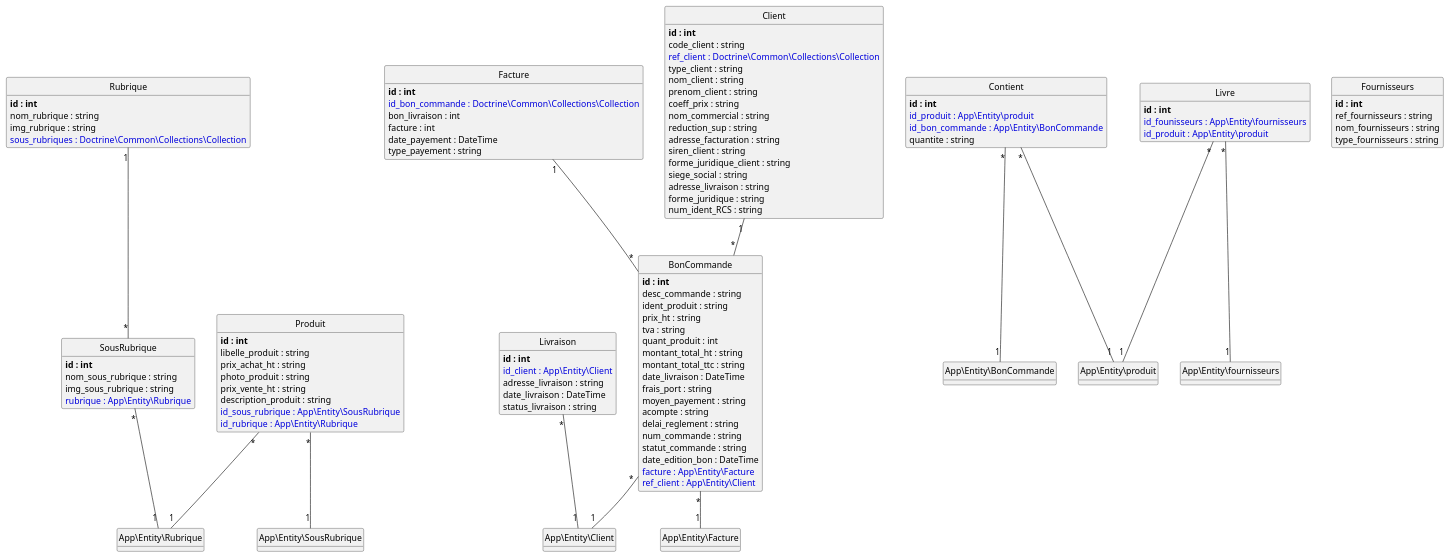
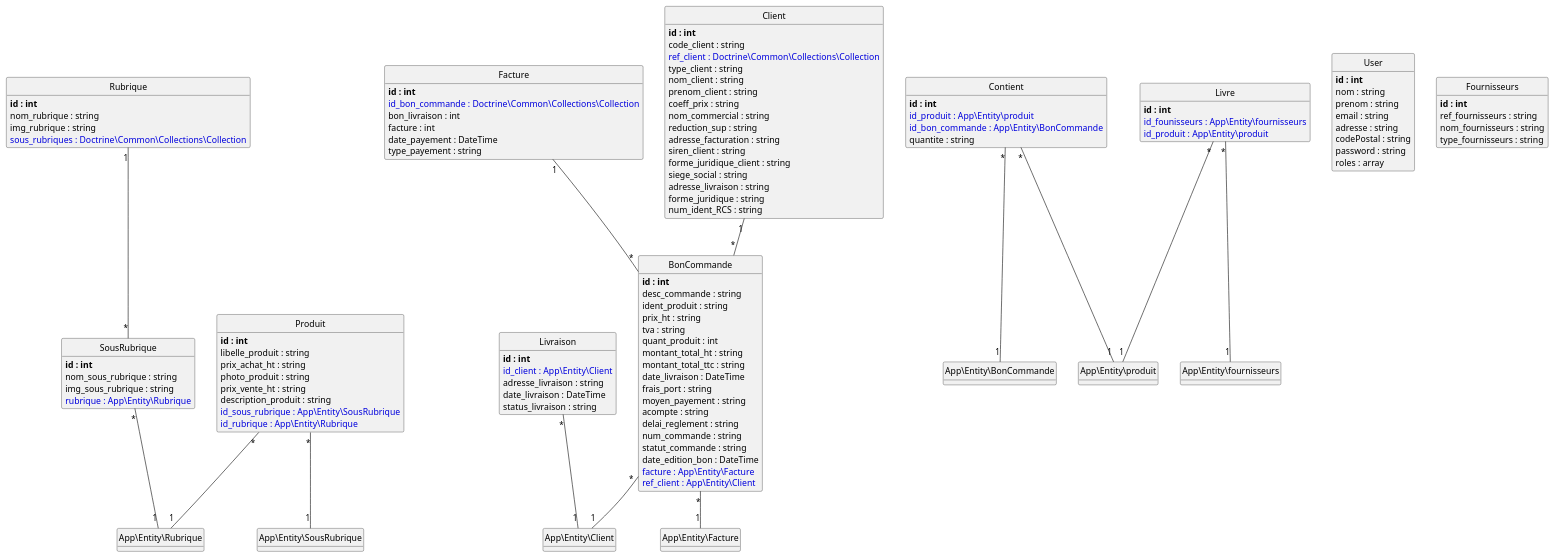
One commit to MarcCarbonnier/village_green changed the diagram in puml/index.puml. Above: the diagram before and after it, drawn with PlantUML. The commit also changed 52 other files, not shown here.

```diff
--- a/puml/index.puml
+++ b/puml/index.puml
@@ -1,120 +1,131 @@
 @startuml
 class Rubrique {
 	**id : int**
 	nom_rubrique : string
 	img_rubrique : string
 	<color:#0000dd>sous_rubriques : Doctrine\Common\Collections\Collection</color>
 }
 
 class Livraison {
 	**id : int**
 	<color:#0000dd>id_client : App\Entity\Client</color>
 	adresse_livraison : string
 	date_livraison : DateTime
 	status_livraison : string
 }
 
 class Contient {
 	**id : int**
 	<color:#0000dd>id_produit : App\Entity\produit</color>
 	<color:#0000dd>id_bon_commande : App\Entity\BonCommande</color>
 	quantite : string
+}
+
+class User {
+	**id : int**
+	nom : string
+	prenom : string
+	email : string
+	adresse : string
+	codePostal : string
+	password : string
+	roles : array
 }
 
 class Produit {
 	**id : int**
 	libelle_produit : string
 	prix_achat_ht : string
 	photo_produit : string
 	prix_vente_ht : string
 	description_produit : string
 	<color:#0000dd>id_sous_rubrique : App\Entity\SousRubrique</color>
 	<color:#0000dd>id_rubrique : App\Entity\Rubrique</color>
 }
 
 class Facture {
 	**id : int**
 	<color:#0000dd>id_bon_commande : Doctrine\Common\Collections\Collection</color>
 	bon_livraison : int
 	facture : int
 	date_payement : DateTime
 	type_payement : string
 }
 
 class BonCommande {
 	**id : int**
 	desc_commande : string
 	ident_produit : string
 	prix_ht : string
 	tva : string
 	quant_produit : int
 	montant_total_ht : string
 	montant_total_ttc : string
 	date_livraison : DateTime
 	frais_port : string
 	moyen_payement : string
 	acompte : string
 	delai_reglement : string
 	num_commande : string
 	statut_commande : string
 	date_edition_bon : DateTime
 	<color:#0000dd>facture : App\Entity\Facture</color>
 	<color:#0000dd>ref_client : App\Entity\Client</color>
 }
 
 class Livre {
 	**id : int**
 	<color:#0000dd>id_founisseurs : App\Entity\fournisseurs</color>
 	<color:#0000dd>id_produit : App\Entity\produit</color>
 }
 
 class SousRubrique {
 	**id : int**
 	nom_sous_rubrique : string
 	img_sous_rubrique : string
 	<color:#0000dd>rubrique : App\Entity\Rubrique</color>
 }
 
 class Fournisseurs {
 	**id : int**
 	ref_fournisseurs : string
 	nom_fournisseurs : string
 	type_fournisseurs : string
 }
 
 class Client {
 	**id : int**
 	code_client : string
 	<color:#0000dd>ref_client : Doctrine\Common\Collections\Collection</color>
 	type_client : string
 	nom_client : string
 	prenom_client : string
 	coeff_prix : string
 	nom_commercial : string
 	reduction_sup : string
 	adresse_facturation : string
 	siren_client : string
 	forme_juridique_client : string
 	siege_social : string
 	adresse_livraison : string
 	forme_juridique : string
 	num_ident_RCS : string
 }
 
 Rubrique "1"--"*" SousRubrique
 Livraison "*"--"1" App\Entity\Client
 Contient "*"--"1" App\Entity\produit
 Contient "*"--"1" App\Entity\BonCommande
 Produit "*"--"1" App\Entity\SousRubrique
 Produit "*"--"1" App\Entity\Rubrique
 Facture "1"--"*" BonCommande
 BonCommande "*"--"1" App\Entity\Facture
 BonCommande "*"--"1" App\Entity\Client
 Livre "*"--"1" App\Entity\fournisseurs
 Livre "*"--"1" App\Entity\produit
 SousRubrique "*"--"1" App\Entity\Rubrique
 Client "1"--"*" BonCommande
 
 hide methods
 hide circle
 @enduml
```
